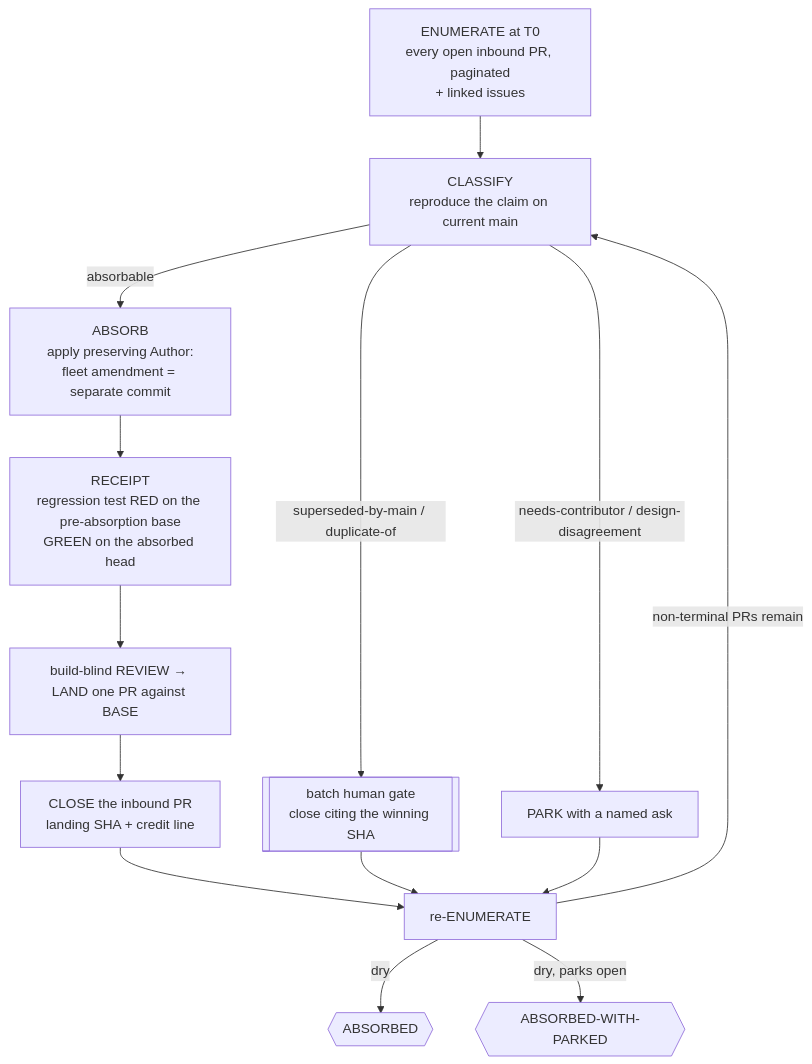
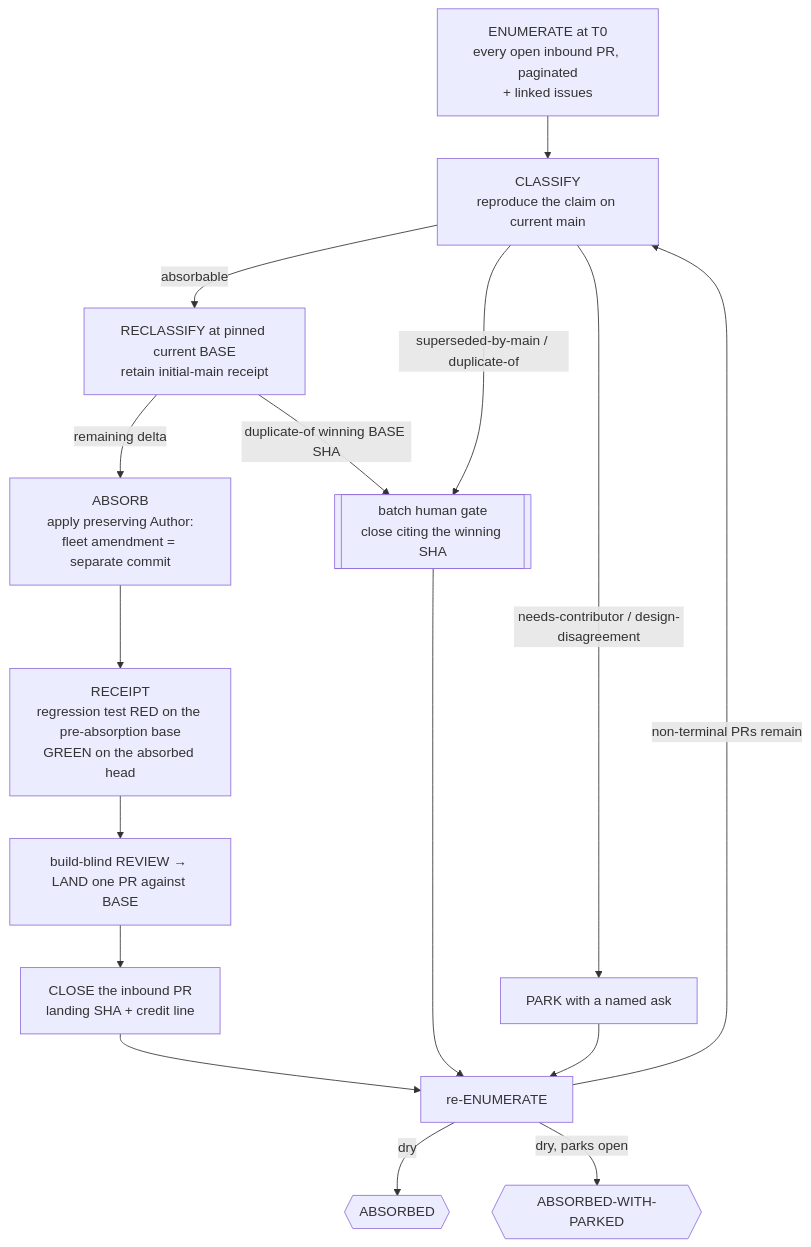
One commit to ravidsrk/orca-fleet changed the diagram in docs/missions/absorb-it.md. Above: the diagram before and after it, drawn with Mermaid. The commit also changed other lines of this file and 22 other files, not shown here.

````diff
--- a/docs/missions/absorb-it.md
+++ b/docs/missions/absorb-it.md
@@ -54,16 +55,18 @@
 ```mermaid
 flowchart TD
     A[ENUMERATE at T0<br/>every open inbound PR, paginated<br/>+ linked issues] --> B[CLASSIFY<br/>reproduce the claim on current main]
-    B -->|absorbable| C[ABSORB<br/>apply preserving Author:<br/>fleet amendment = separate commit]
+    B -->|absorbable| R[RECLASSIFY at pinned current BASE<br/>retain initial-main receipt]
+    R -->|remaining delta| C[ABSORB<br/>apply preserving Author:<br/>fleet amendment = separate commit]
+    R -->|duplicate-of winning BASE SHA| G
     B -->|superseded-by-main / duplicate-of| G[[batch human gate<br/>close citing the winning SHA]]
     B -->|needs-contributor / design-disagreement| P[PARK with a named ask]
     C --> D[RECEIPT<br/>regression test RED on the pre-absorption base<br/>GREEN on the absorbed head]
     D --> E[build-blind REVIEW → LAND one PR against BASE]
     E --> F[CLOSE the inbound PR<br/>landing SHA + credit line]
     F --> H[re-ENUMERATE]
     G --> H
     P --> H
     H -->|non-terminal PRs remain| B
     H -->|dry| I{{ABSORBED}}
     H -->|dry, parks open| J{{ABSORBED-WITH-PARKED}}
 ```
````
